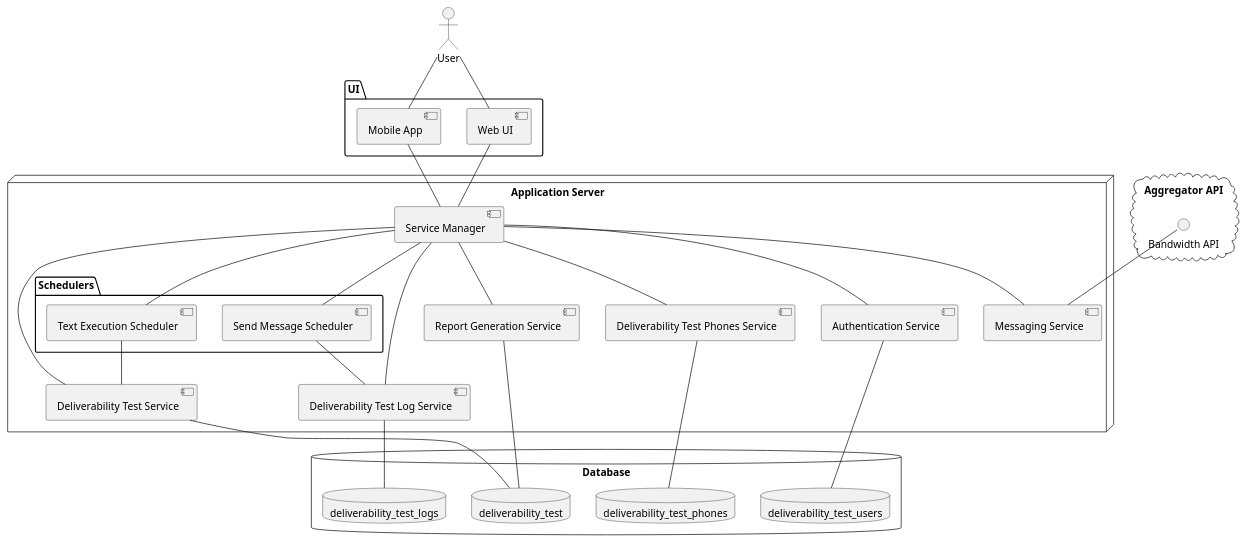
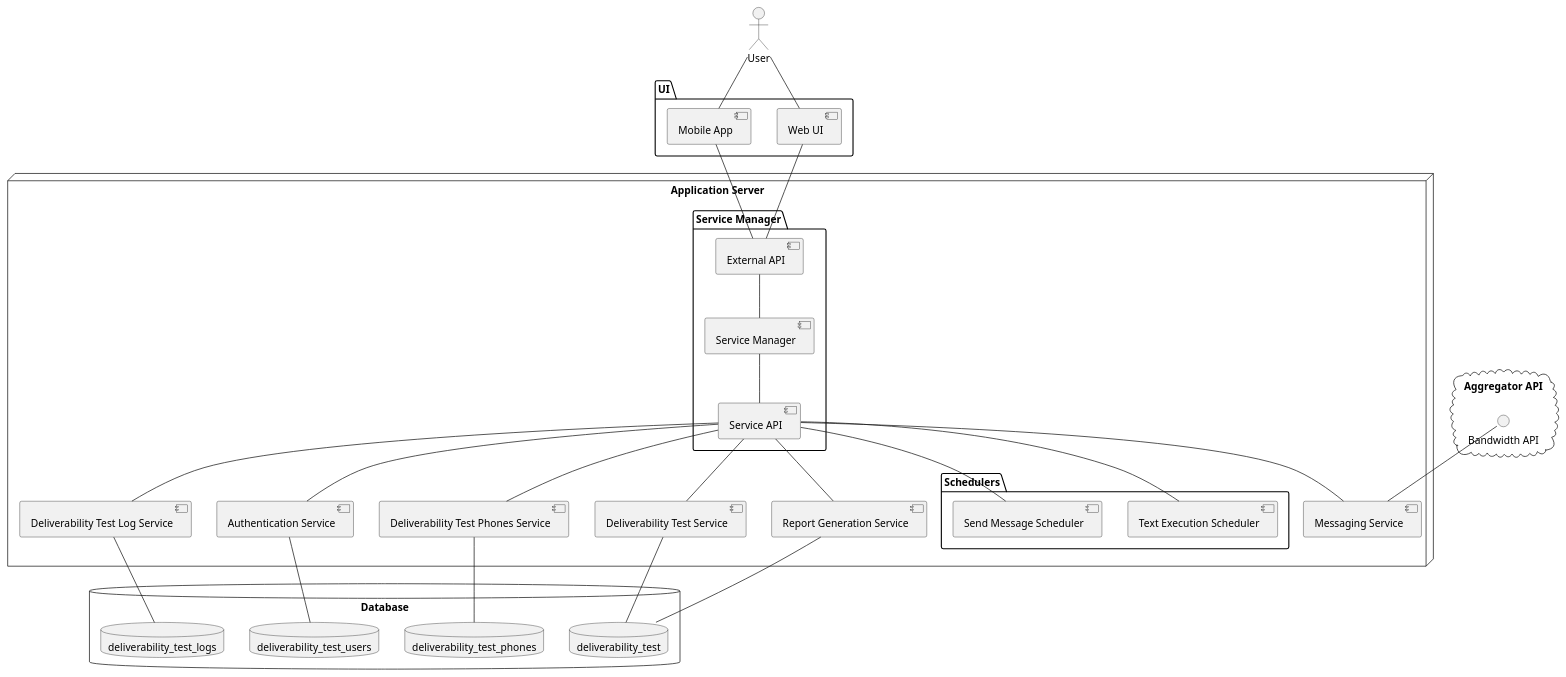
Before and after one commit to Xyz0074/testing-diagrams: the diagram in source/microservices-component-diagram.puml, drawn with PlantUML.

```diff
--- a/source/microservices-component-diagram.puml
+++ b/source/microservices-component-diagram.puml
@@ -1,70 +1,75 @@
 @startuml
 
 /'Defines all the components in the diagram, including the actor.'/ 
 User as user
 
 package UI {
     component "Web UI" as web_ui
     component "Mobile App" as mobile_app
 }
 
 node "Application Server" {
-    component "Service Manager" as service_manager
+    package "Service Manager"{
+      component "External API" as ext
+      component "Service Manager" as service_manager
+      component "Service API" as api
+    }
 
     package "Schedulers" {
         component "Text Execution Scheduler" as text_exec_scheduler
         component "Send Message Scheduler" as send_msg_scheduler
     }
 
     component "Deliverability Test Log Service" as dtl_service
     component "Deliverability Test Service" as dt_service
     component "Deliverability Test Phones Service" as dtp_service
     component "Report Generation Service" as rg_service
     component "Messaging Service" as messenger
     component "Authentication Service" as auth
 }
 
 cloud "Aggregator API" {
     interface "Bandwidth API" as bandwidth
 }
 
 database Database {
     skinparam componentStyle rectangle
     database deliverability_test as dt
     database deliverability_test_logs as dtl
     database deliverability_test_phones as dtp
     database deliverability_test_users as dtu
     skinparam componentStyle uml2
 }
 
 /'Defines the interactions between the components in the diagram.'/ 
 
 /'Frontend Interactions'/ 
 user -- web_ui
 user -- mobile_app
-web_ui -- service_manager
-mobile_app -- service_manager
+web_ui -- ext
+mobile_app -- ext
 
 /'Backend Interactions'/ 
-service_manager -- text_exec_scheduler
-service_manager -- send_msg_scheduler
-service_manager -- dt_service
-service_manager -- dtl_service
-text_exec_scheduler -- dt_service
-send_msg_scheduler -- dtl_service
-service_manager -- rg_service
-service_manager -- messenger
-service_manager -- auth
-service_manager -- dtp_service
+ext -- service_manager
+service_manager -- api
+
+api -- text_exec_scheduler
+api-- send_msg_scheduler
+api -- dt_service
+api -- dtl_service
+api -- rg_service
+api -- messenger
+api -- auth
+api -- dtp_service
 
 /'Database Interactions'/ 
 dtp_service -- dtp
 dtl_service -- dtl
 dt_service -- dt
 auth -- dtu
 rg_service -- dt
 
 /'Third Party Interactions'/ 
 bandwidth -- messenger
 
 @enduml
```
